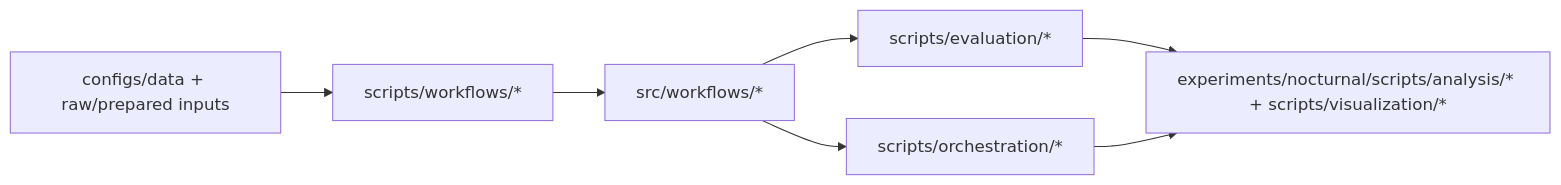
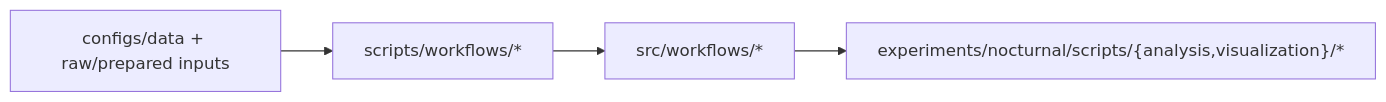
Before and after one commit to Blood-Glucose-Control/GlucoFoundry: the diagram in docs/user-guide/example-scripts-guide.md, drawn with Mermaid. The commit also changed other lines of this file and 111 other files, not shown here.

````diff
--- a/docs/user-guide/example-scripts-guide.md
+++ b/docs/user-guide/example-scripts-guide.md
@@ -158,15 +69,10 @@
 ```mermaid
 flowchart LR
     D[configs/data + raw/prepared inputs]
     W[scripts/workflows/*]
     SW[src/workflows/*]
-    E[scripts/evaluation/*]
-    O[scripts/orchestration/*]
-    A[experiments/nocturnal/scripts/analysis/* + scripts/visualization/*]
+    A["experiments/nocturnal/scripts/{analysis,visualization}/*"]
 
     D --> W --> SW
-    SW --> E
-    SW --> O
-    E --> A
-    O --> A
+    SW --> A
 ```
````
